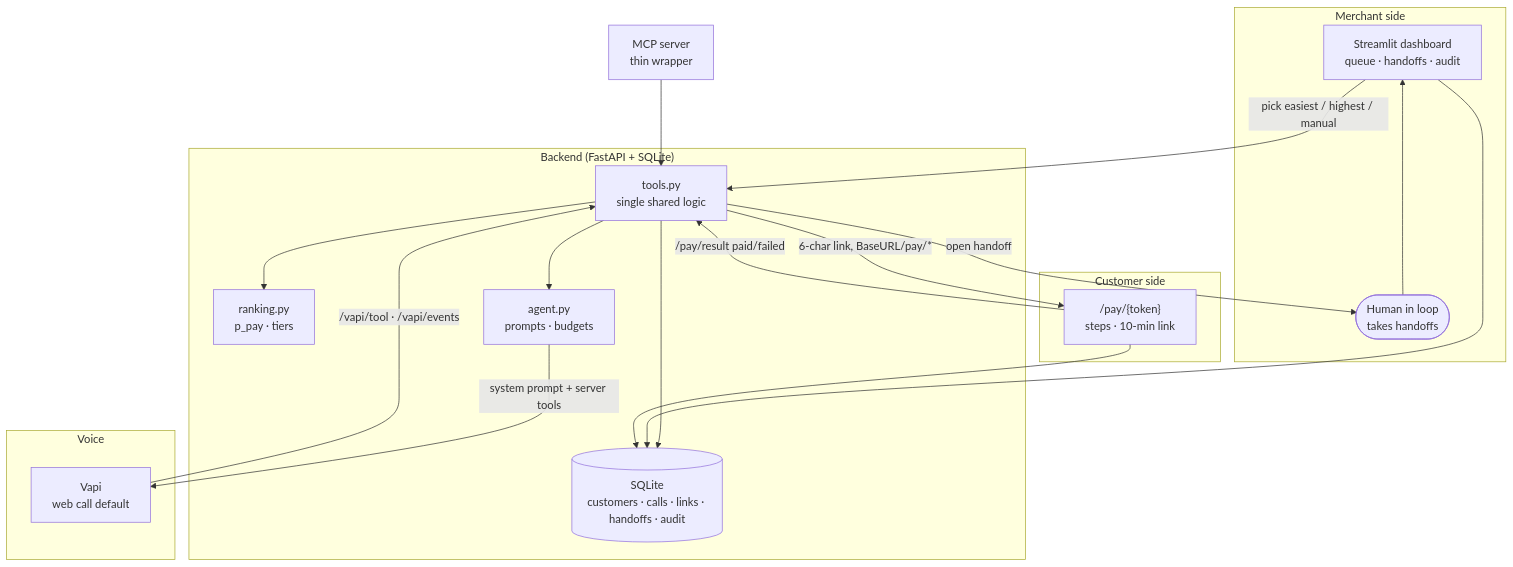
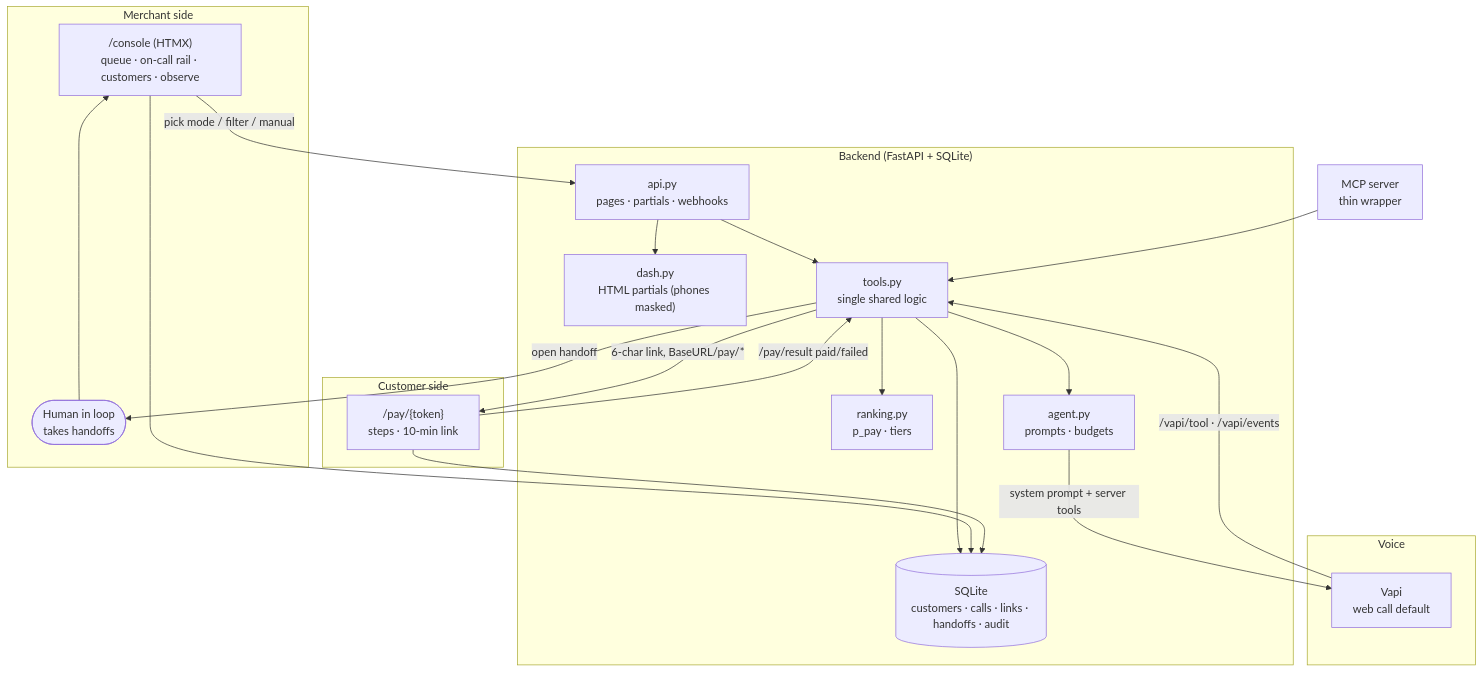
The diagram in docs/architecture.md (anjulbhatia/autopay_voice), drawn with Mermaid before and after one commit. The commit also changed other lines of this file and 3 other files, not shown here.

First line of the commit message:
docs: console-era README, architecture, installation, call workflow

````diff
--- a/docs/architecture.md
+++ b/docs/architecture.md
@@ -3,33 +3,37 @@
 ```mermaid
 flowchart TB
     subgraph merchant["Merchant side"]
-        dash["Streamlit dashboard\nqueue · handoffs · audit"]
+        console["/console (HTMX)\nqueue · on-call rail · customers · observe"]
         human(["Human in loop\ntakes handoffs"])
     end
     subgraph backend["Backend (FastAPI + SQLite)"]
+        api["api.py\npages · partials · webhooks"]
+        dash["dash.py\nHTML partials (phones masked)"]
         tools["tools.py\nsingle shared logic"]
         rank["ranking.py\np_pay · tiers"]
         agentm["agent.py\nprompts · budgets"]
         db[("SQLite\ncustomers · calls · links · handoffs · audit")]
     end
     subgraph voice["Voice"]
         vapi["Vapi\nweb call default"]
     end
     subgraph customer["Customer side"]
         page["/pay/{token}\nsteps · 10-min link"]
     end
 
-    dash -->|"pick easiest / highest / manual"| tools
+    console -->|"pick mode / filter / manual"| api
+    api --> dash
+    api --> tools
     tools --> rank
     tools --> agentm
     agentm -->|"system prompt + server tools"| vapi
     vapi -->|"/vapi/tool · /vapi/events"| tools
     tools --> db
     tools -->|"6-char link, BaseURL/pay/*"| page
     page -->|"/pay/result paid/failed"| tools
     tools -->|"open handoff"| human
-    human --> dash
+    human --> console
     mcp["MCP server\nthin wrapper"] --> tools
-    dash --> db
+    console --> db
     page --> db
 ```
````
